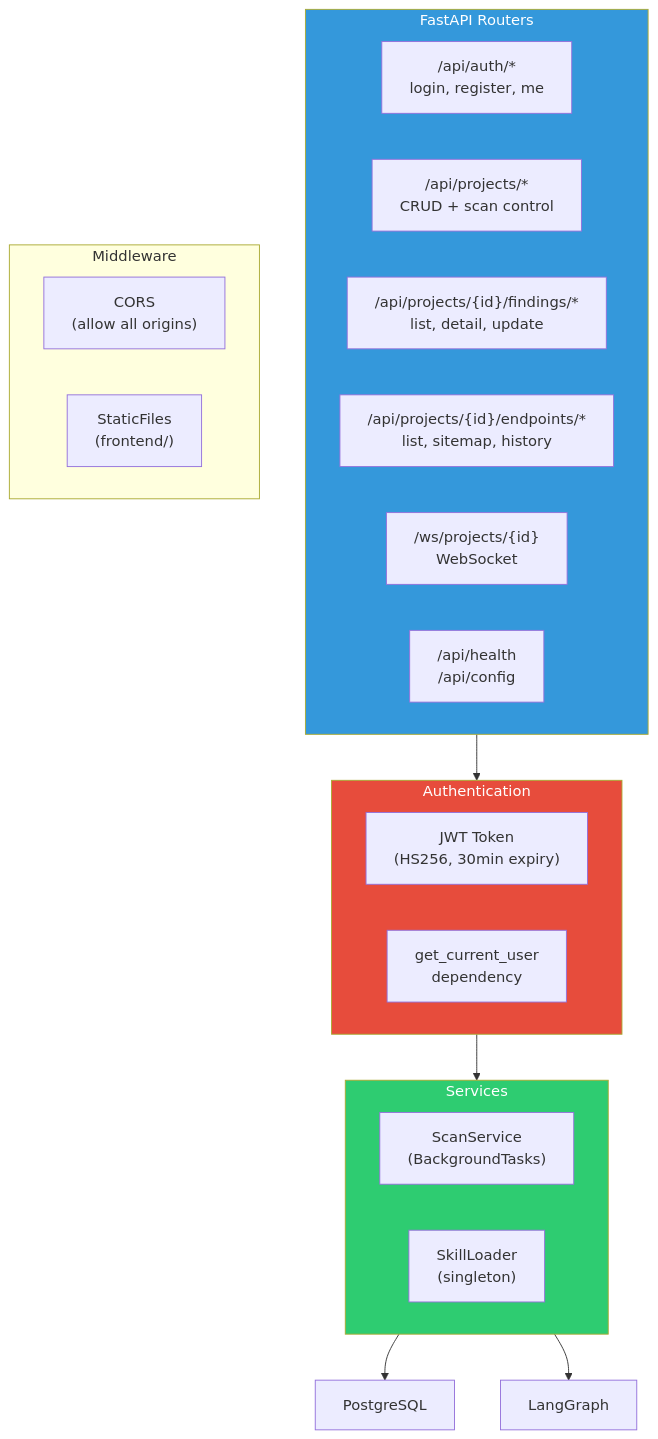
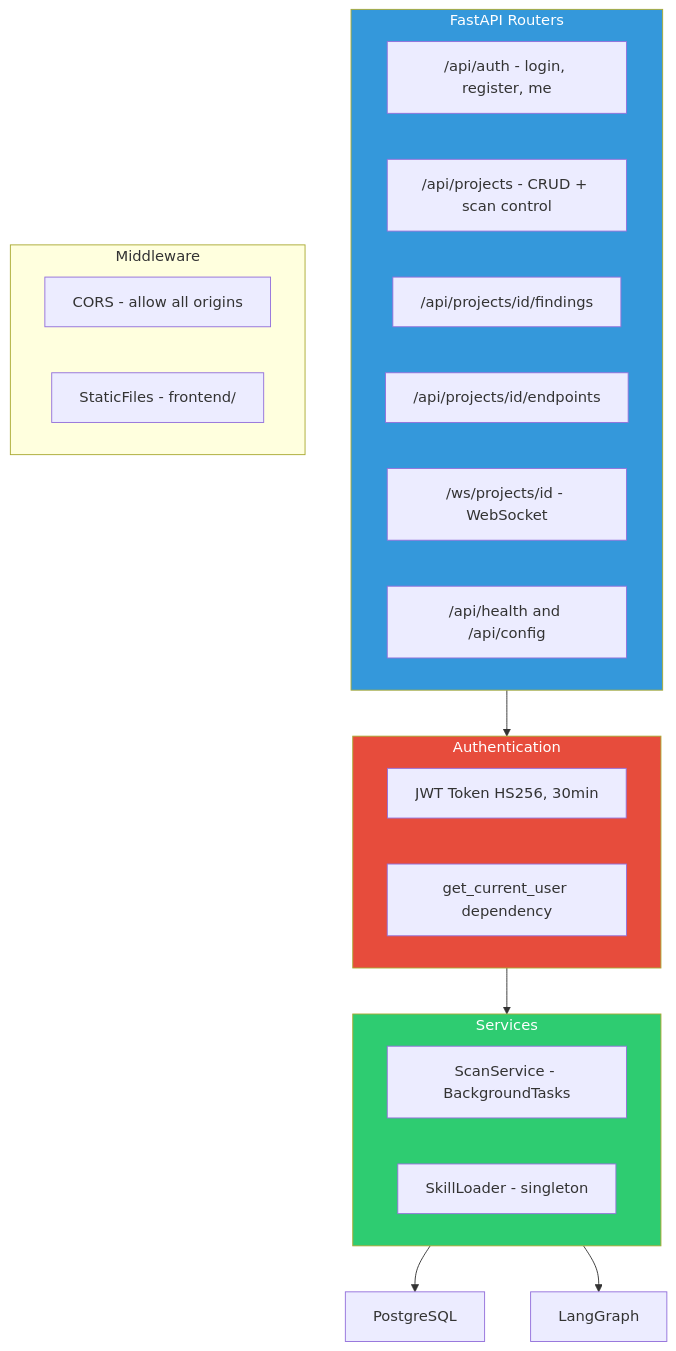
Diagram 12 of 16 in docs/architecture.md (omkar-ukirde/RedStrike.AI), drawn with Mermaid before and after one commit. The commit also changed other lines of this file, not shown here.

Commit message:
refactor: simplify and clean up Mermaid diagrams in architecture documentation

````diff
--- a/docs/architecture.md
+++ b/docs/architecture.md
@@ -675,35 +675,35 @@
 ```mermaid
 graph TD
     subgraph Routes["FastAPI Routers"]
-        Auth["/api/auth/*<br/>login, register, me"]
-        Projects["/api/projects/*<br/>CRUD + scan control"]
-        Findings["/api/projects/{id}/findings/*<br/>list, detail, update"]
-        Endpoints["/api/projects/{id}/endpoints/*<br/>list, sitemap, history"]
-        WS["/ws/projects/{id}<br/>WebSocket"]
-        Health["/api/health<br/>/api/config"]
+        Auth["/api/auth - login, register, me"]
+        Projects["/api/projects - CRUD + scan control"]
+        Findings["/api/projects/id/findings"]
+        Endpoints["/api/projects/id/endpoints"]
+        WS["/ws/projects/id - WebSocket"]
+        Health["/api/health and /api/config"]
     end
 
     subgraph Middleware["Middleware"]
-        CORS["CORS<br/>(allow all origins)"]
-        StaticFiles["StaticFiles<br/>(frontend/)"]
+        CORS["CORS - allow all origins"]
+        StaticFiles["StaticFiles - frontend/"]
     end
 
     subgraph Auth_Layer["Authentication"]
-        JWT["JWT Token<br/>(HS256, 30min expiry)"]
-        Deps["get_current_user<br/>dependency"]
+        JWT["JWT Token HS256, 30min"]
+        Deps["get_current_user dependency"]
     end
 
     subgraph Services["Services"]
-        ScanSvc["ScanService<br/>(BackgroundTasks)"]
-        SkillSvc["SkillLoader<br/>(singleton)"]
+        ScanSvc["ScanService - BackgroundTasks"]
+        SkillSvc["SkillLoader - singleton"]
     end
 
     Routes --> Auth_Layer
     Auth_Layer --> Services
     Services --> DB["PostgreSQL"]
     Services --> AgentGraph["LangGraph"]
 
     style Routes fill:#3498db,color:#fff
     style Auth_Layer fill:#e74c3c,color:#fff
     style Services fill:#2ecc71,color:#fff
 ```
````
